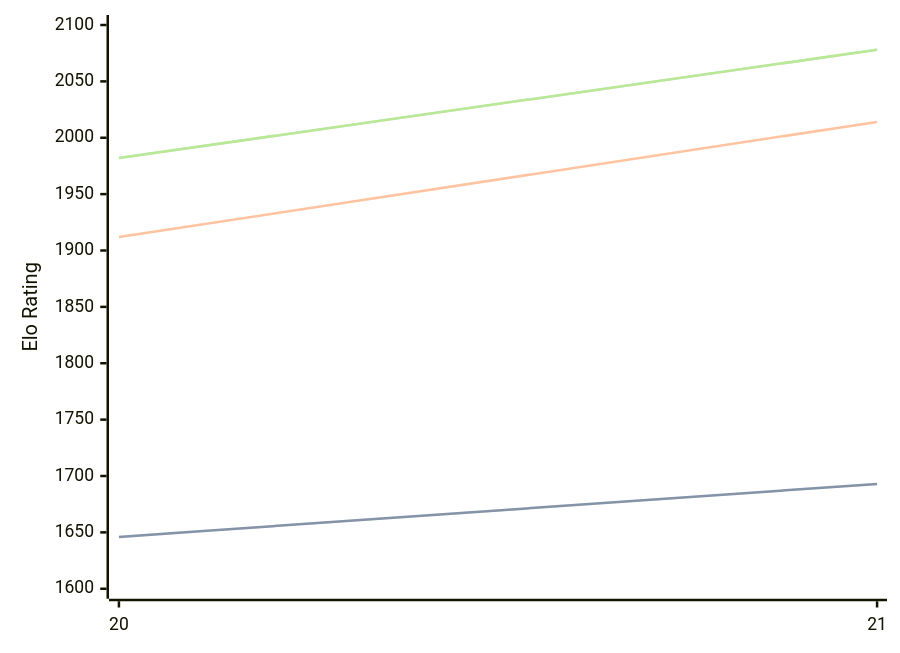
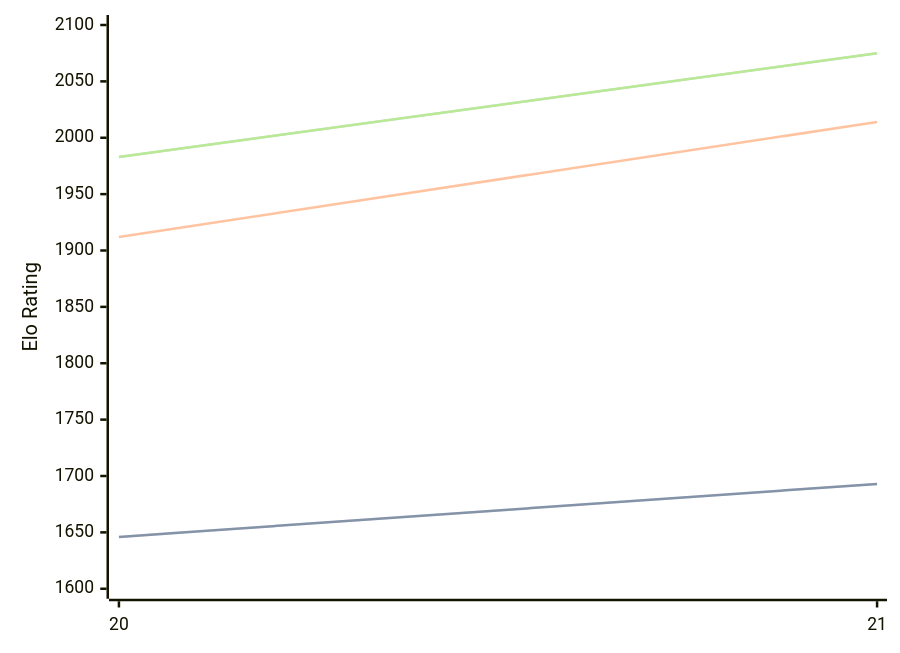
One commit to computer-chess-index/cci changed the diagram in engines/PurplePanda.md. Above: the diagram before and after it, drawn with Mermaid. The commit also changed other lines of this file, not shown here.

Commit message:
Update CCI Ratings (ELO VLTC) - 2026-09-05

````diff
--- a/engines/PurplePanda.md
+++ b/engines/PurplePanda.md
@@ -32,11 +32,11 @@
 ```mermaid
 %%{init: {"theme":"base","themeVariables":{"seriesColors:['#a3a3a3','#222221','#faa371']}}}%%
 xychart-beta
   x-axis ["20", "21"]
   y-axis "Elo Rating" 1600 --> 2100
   line "" [1646, 1693]
   line "STC (8.0+0.08s)" [1646, 1693]
   line "LTC (60.0+0.60s)" [1912, 2014]
-  line "" [1982, 2078]
-  line "VLTC (2m24s+1.12s)" [1982, 2078]
+  line "" [1983, 2075]
+  line "VLTC (2m24s+1.12s)" [1983, 2075]
 ```
````
